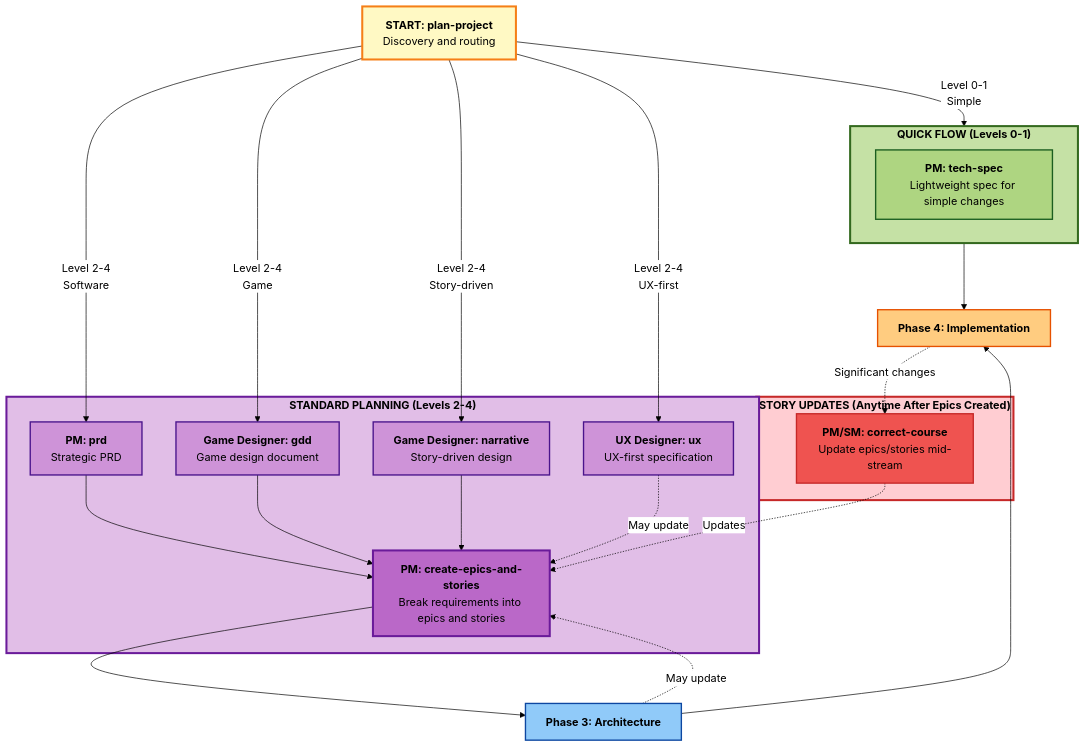
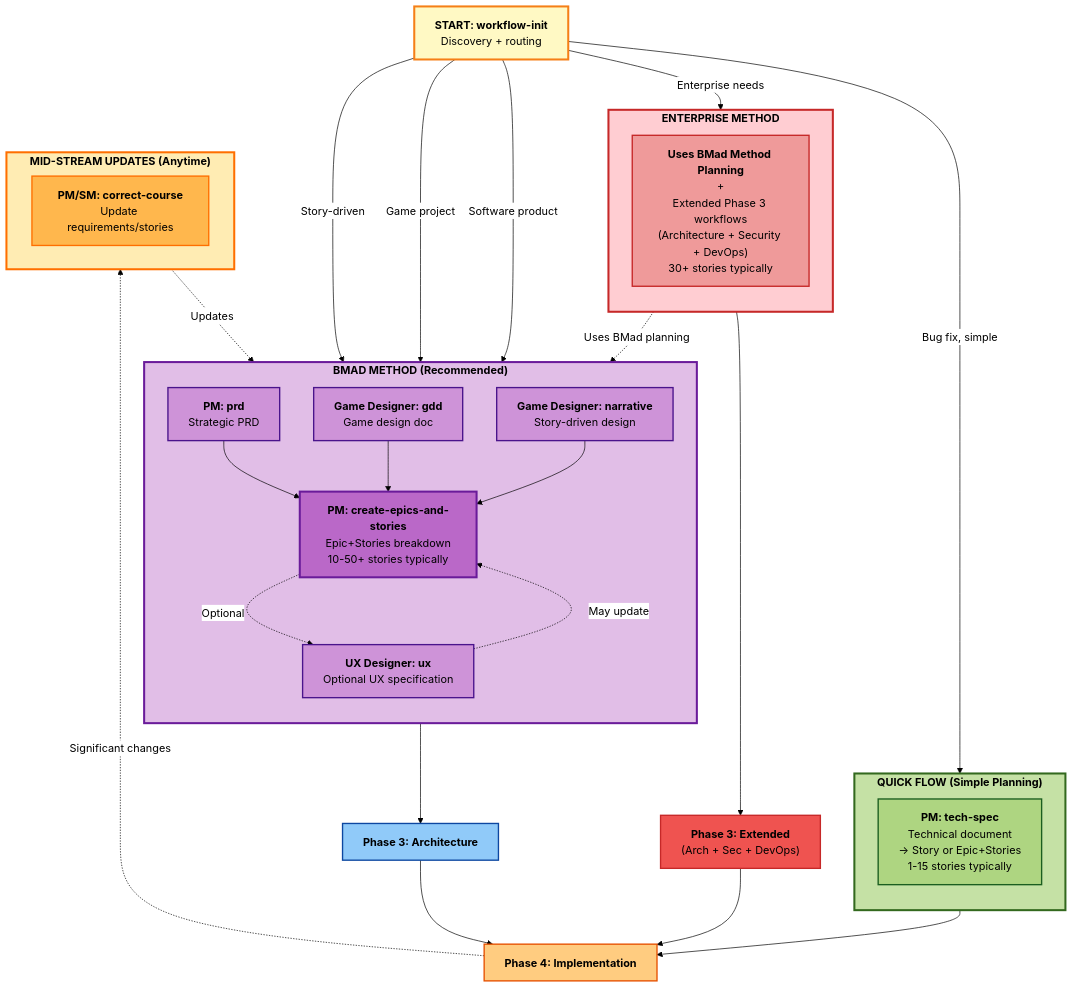
Before and after one commit to acita-gmbh/eaf: the diagram in bmad/bmm/docs/workflows-planning.md, drawn with Mermaid. The commit also changed other lines of this file and 80 other files, not shown here.

````diff
--- a/bmad/bmm/docs/workflows-planning.md
+++ b/bmad/bmm/docs/workflows-planning.md
@@ -13,57 +17,71 @@
 ```mermaid
 %%{init: {'theme':'base', 'themeVariables': { 'primaryColor':'#fff','primaryTextColor':'#000','primaryBorderColor':'#000','lineColor':'#000','fontSize':'16px','fontFamily':'arial'}}}%%
 graph TB
-    Entry["<b>START: plan-project</b><br/>Discovery and routing"]
+    Start["<b>START: workflow-init</b><br/>Discovery + routing"]
 
-    subgraph QuickFlow["<b>QUICK FLOW (Levels 0-1)</b>"]
-        TechSpec["<b>PM: tech-spec</b><br/>Lightweight spec for simple changes"]
+    subgraph QuickFlow["<b>QUICK FLOW (Simple Planning)</b>"]
+        direction TB
+        TechSpec["<b>PM: tech-spec</b><br/>Technical document<br/>→ Story or Epic+Stories<br/>1-15 stories typically"]
     end
 
-    subgraph StandardFlow["<b>STANDARD PLANNING (Levels 2-4)</b>"]
+    subgraph BMadMethod["<b>BMAD METHOD (Recommended)</b>"]
+        direction TB
         PRD["<b>PM: prd</b><br/>Strategic PRD"]
-        GDD["<b>Game Designer: gdd</b><br/>Game design document"]
+        GDD["<b>Game Designer: gdd</b><br/>Game design doc"]
         Narrative["<b>Game Designer: narrative</b><br/>Story-driven design"]
-        UXDesign["<b>UX Designer: ux</b><br/>UX-first specification"]
 
-        Epics["<b>PM: create-epics-and-stories</b><br/>Break requirements into epics and stories"]
+        Epics["<b>PM: create-epics-and-stories</b><br/>Epic+Stories breakdown<br/>10-50+ stories typically"]
+
+        UXDesign["<b>UX Designer: ux</b><br/>Optional UX specification"]
     end
 
-    subgraph Updates["<b>STORY UPDATES (Anytime After Epics Created)</b>"]
-        CorrectCourse["<b>PM/SM: correct-course</b><br/>Update epics/stories mid-stream"]
+    subgraph Enterprise["<b>ENTERPRISE METHOD</b>"]
+        direction TB
+        EntNote["<b>Uses BMad Method Planning</b><br/>+<br/>Extended Phase 3 workflows<br/>(Architecture + Security + DevOps)<br/>30+ stories typically"]
     end
 
-    Entry -->|Level 0-1<br/>Simple| QuickFlow
-    Entry -->|Level 2-4<br/>Software| PRD
-    Entry -->|Level 2-4<br/>Game| GDD
-    Entry -->|Level 2-4<br/>Story-driven| Narrative
-    Entry -->|Level 2-4<br/>UX-first| UXDesign
+    subgraph Updates["<b>MID-STREAM UPDATES (Anytime)</b>"]
+        direction LR
+        CorrectCourse["<b>PM/SM: correct-course</b><br/>Update requirements/stories"]
+    end
+
+    Start -->|Bug fix, simple| QuickFlow
+    Start -->|Software product| PRD
+    Start -->|Game project| GDD
+    Start -->|Story-driven| Narrative
+    Start -->|Enterprise needs| Enterprise
 
     PRD --> Epics
     GDD --> Epics
     Narrative --> Epics
+    Epics -.->|Optional| UXDesign
     UXDesign -.->|May update| Epics
 
+    QuickFlow --> Phase4["<b>Phase 4: Implementation</b>"]
     Epics --> Phase3["<b>Phase 3: Architecture</b>"]
-    Phase3 -.->|May update| Epics
-
-    QuickFlow --> Phase4["<b>Phase 4: Implementation</b>"]
+    Enterprise -.->|Uses BMad planning| Epics
+    Enterprise --> Phase3Ext["<b>Phase 3: Extended</b><br/>(Arch + Sec + DevOps)"]
     Phase3 --> Phase4
+    Phase3Ext --> Phase4
 
     Phase4 -.->|Significant changes| CorrectCourse
     CorrectCourse -.->|Updates| Epics
 
-    style Entry fill:#fff9c4,stroke:#f57f17,stroke-width:3px,color:#000
+    style Start fill:#fff9c4,stroke:#f57f17,stroke-width:3px,color:#000
     style QuickFlow fill:#c5e1a5,stroke:#33691e,stroke-width:3px,color:#000
-    style StandardFlow fill:#e1bee7,stroke:#6a1b9a,stroke-width:3px,color:#000
-    style Updates fill:#ffcdd2,stroke:#c62828,stroke-width:3px,color:#000
+    style BMadMethod fill:#e1bee7,stroke:#6a1b9a,stroke-width:3px,color:#000
+    style Enterprise fill:#ffcdd2,stroke:#c62828,stroke-width:3px,color:#000
+    style Updates fill:#ffecb3,stroke:#ff6f00,stroke-width:3px,color:#000
     style Phase3 fill:#90caf9,stroke:#0d47a1,stroke-width:2px,color:#000
     style Phase4 fill:#ffcc80,stroke:#e65100,stroke-width:2px,color:#000
 
     style TechSpec fill:#aed581,stroke:#1b5e20,stroke-width:2px,color:#000
     style PRD fill:#ce93d8,stroke:#4a148c,stroke-width:2px,color:#000
     style GDD fill:#ce93d8,stroke:#4a148c,stroke-width:2px,color:#000
     style Narrative fill:#ce93d8,stroke:#4a148c,stroke-width:2px,color:#000
     style UXDesign fill:#ce93d8,stroke:#4a148c,stroke-width:2px,color:#000
     style Epics fill:#ba68c8,stroke:#6a1b9a,stroke-width:3px,color:#000
-    style CorrectCourse fill:#ef5350,stroke:#c62828,stroke-width:2px,color:#000
+    style EntNote fill:#ef9a9a,stroke:#c62828,stroke-width:2px,color:#000
+    style Phase3Ext fill:#ef5350,stroke:#c62828,stroke-width:2px,color:#000
+    style CorrectCourse fill:#ffb74d,stroke:#ff6f00,stroke-width:2px,color:#000
 ```
````
